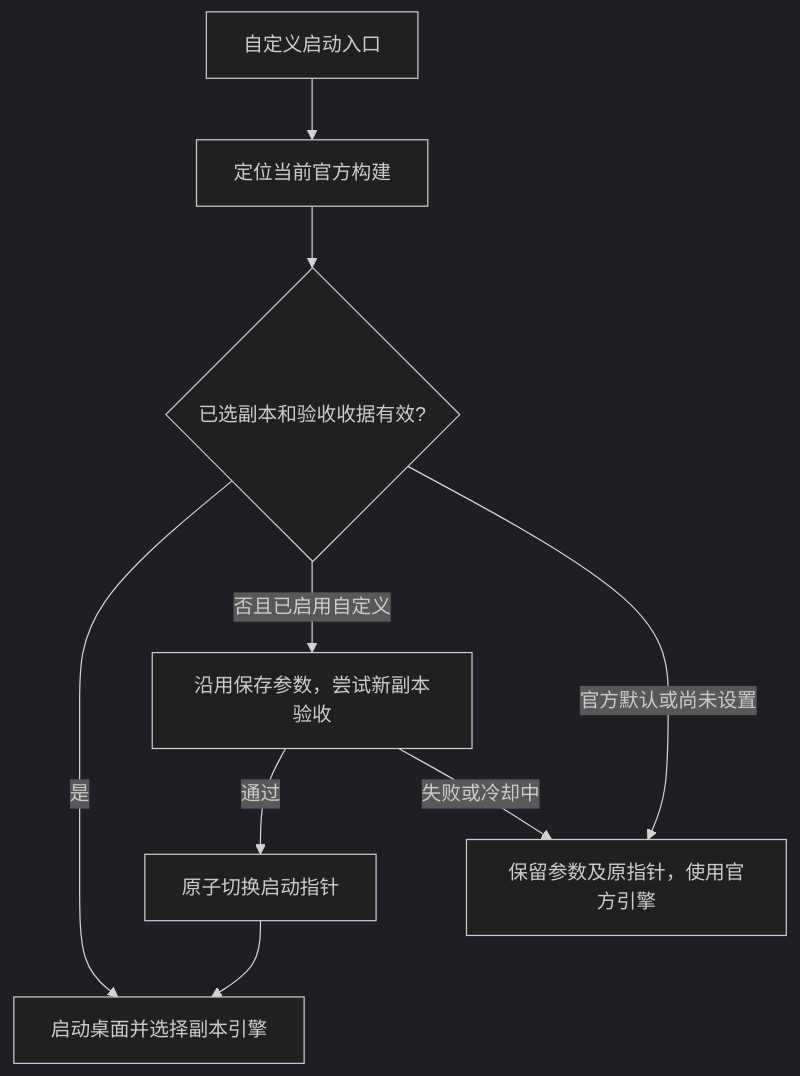
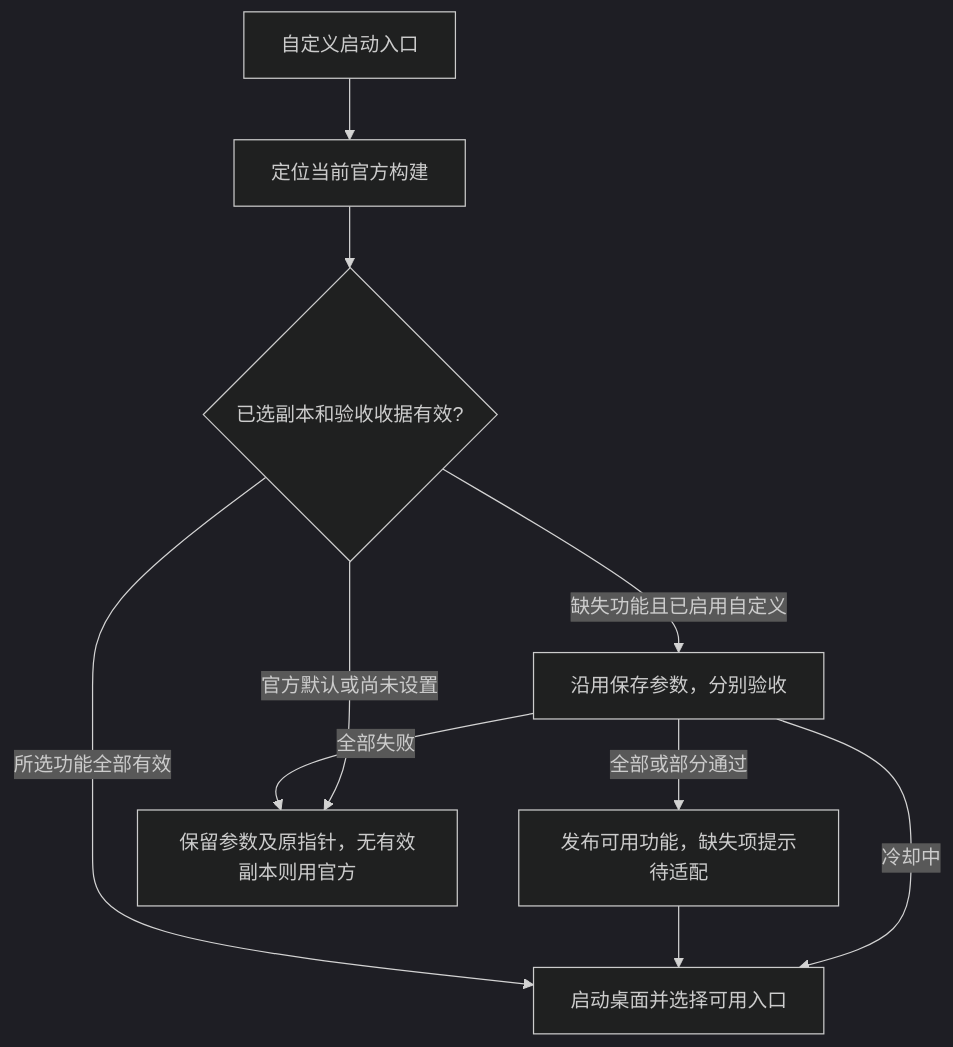
Before and after one commit to Unended-night/codex-desktop-retry-controller: the diagram in docs/ARCHITECTURE.md, drawn with Mermaid (dark theme). The commit also changed other lines of this file and 42 other files, not shown here.

````diff
--- a/docs/ARCHITECTURE.md
+++ b/docs/ARCHITECTURE.md
@@ -7,11 +9,12 @@
 ```mermaid
 flowchart TD
     A[自定义启动入口] --> B[定位当前官方构建]
     B --> C{已选副本和验收收据有效?}
-    C -->|是| D[启动桌面并选择副本引擎]
-    C -->|否且已启用自定义| E[沿用保存参数，尝试新副本验收]
-    E -->|通过| F[原子切换启动指针]
+    C -->|所选功能全部有效| D[启动桌面并选择可用入口]
+    C -->|缺失功能且已启用自定义| E[沿用保存参数，分别验收]
+    E -->|全部或部分通过| F[发布可用功能，缺失项提示待适配]
     F --> D
-    E -->|失败或冷却中| G[保留参数及原指针，使用官方引擎]
+    E -->|全部失败| G[保留参数及原指针，无有效副本则用官方]
+    E -->|冷却中| D
     C -->|官方默认或尚未设置| G
 ```
````
